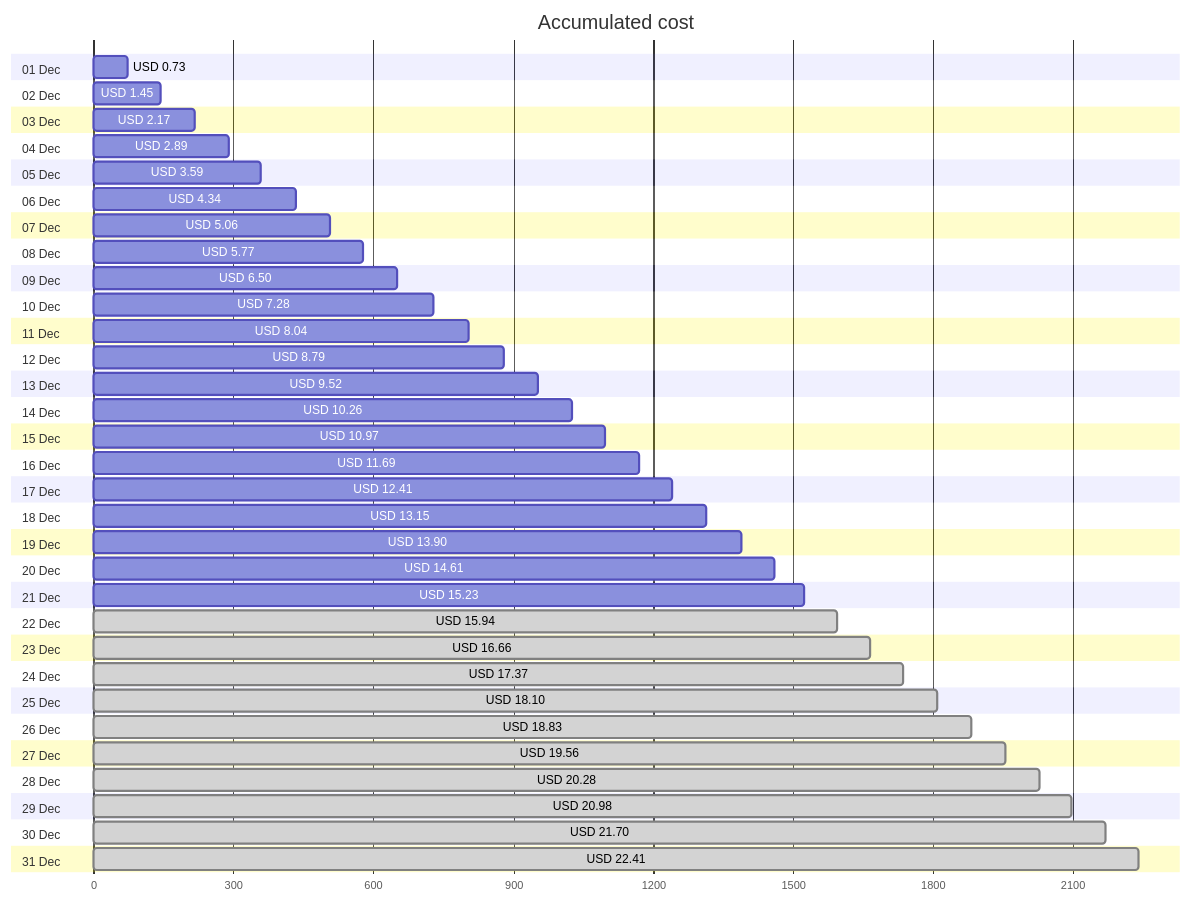
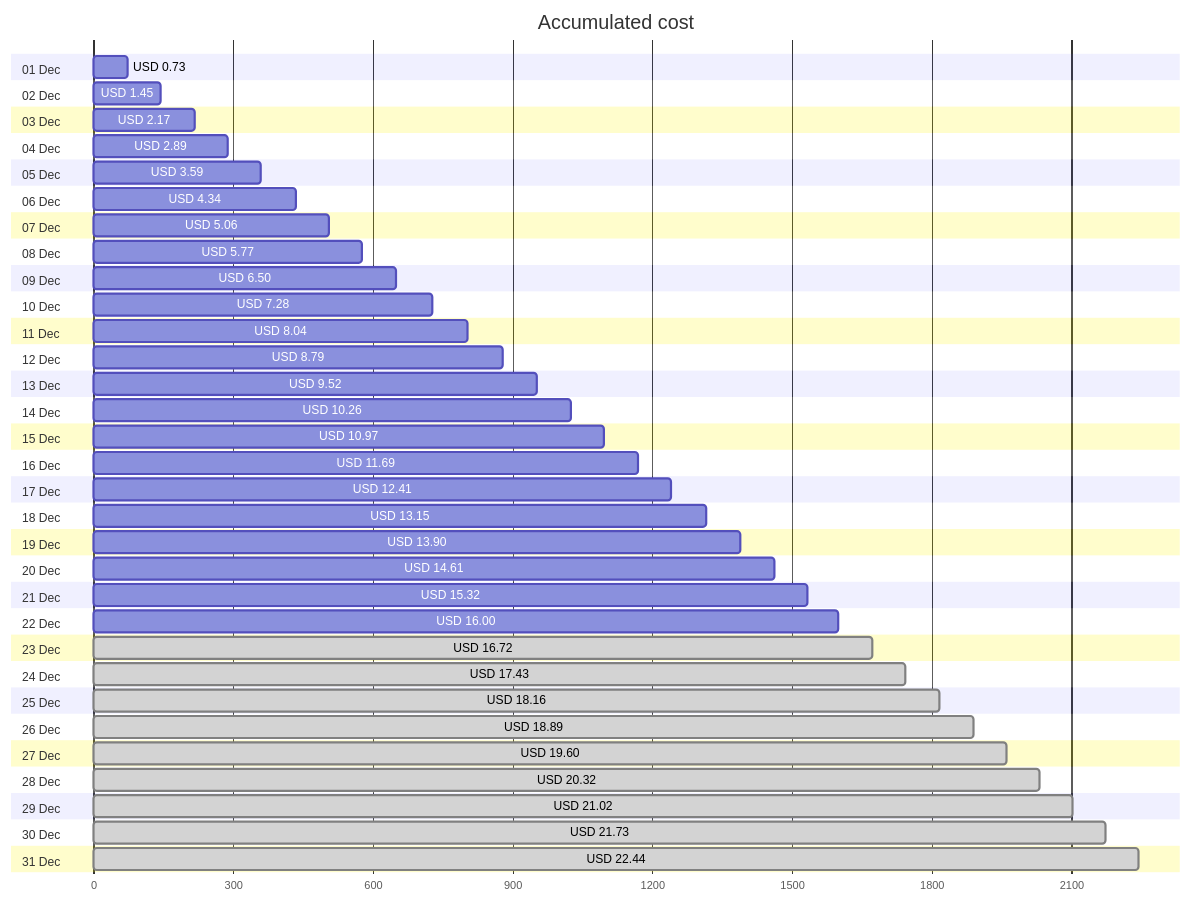
The first of 4 diagrams in cost-reports/personal-network/backup-server-data-disk.md (jpfulton/azure-personal-reports), drawn with Mermaid before and after one commit. The commit also changed other lines of this file and 8 other files, not shown here.

````diff
--- a/cost-reports/personal-network/backup-server-data-disk.md
+++ b/cost-reports/personal-network/backup-server-data-disk.md
@@ -20,68 +20,68 @@
 ```mermaid
 gantt
    title Accumulated cost
    dateFormat  X
    axisFormat %s
    section 01 Dec
    USD 0.73 :0, 73
    section 02 Dec
    USD 1.45 :0, 145
    section 03 Dec
    USD 2.17 :0, 217
    section 04 Dec
    USD 2.89 :0, 289
    section 05 Dec
    USD 3.59 :0, 359
    section 06 Dec
    USD 4.34 :0, 434
    section 07 Dec
    USD 5.06 :0, 506
    section 08 Dec
    USD 5.77 :0, 577
    section 09 Dec
    USD 6.50 :0, 650
    section 10 Dec
    USD 7.28 :0, 728
    section 11 Dec
    USD 8.04 :0, 804
    section 12 Dec
    USD 8.79 :0, 879
    section 13 Dec
    USD 9.52 :0, 952
    section 14 Dec
    USD 10.26 :0, 1026
    section 15 Dec
    USD 10.97 :0, 1097
    section 16 Dec
    USD 11.69 :0, 1169
    section 17 Dec
    USD 12.41 :0, 1241
    section 18 Dec
    USD 13.15 :0, 1315
    section 19 Dec
    USD 13.90 :0, 1390
    section 20 Dec
    USD 14.61 :0, 1461
    section 21 Dec
-   USD 15.23 :0, 1523
+   USD 15.32 :0, 1532
    section 22 Dec
-   USD 15.94 : done, 0, 1594
+   USD 16.00 :0, 1600
    section 23 Dec
-   USD 16.66 : done, 0, 1666
+   USD 16.72 : done, 0, 1672
    section 24 Dec
-   USD 17.37 : done, 0, 1737
+   USD 17.43 : done, 0, 1743
    section 25 Dec
-   USD 18.10 : done, 0, 1810
+   USD 18.16 : done, 0, 1816
    section 26 Dec
-   USD 18.83 : done, 0, 1883
+   USD 18.89 : done, 0, 1889
    section 27 Dec
-   USD 19.56 : done, 0, 1956
+   USD 19.60 : done, 0, 1960
    section 28 Dec
-   USD 20.28 : done, 0, 2028
+   USD 20.32 : done, 0, 2032
    section 29 Dec
-   USD 20.98 : done, 0, 2098
+   USD 21.02 : done, 0, 2102
    section 30 Dec
-   USD 21.70 : done, 0, 2170
+   USD 21.73 : done, 0, 2173
    section 31 Dec
-   USD 22.41 : done, 0, 2241
+   USD 22.44 : done, 0, 2244
 ```
````
